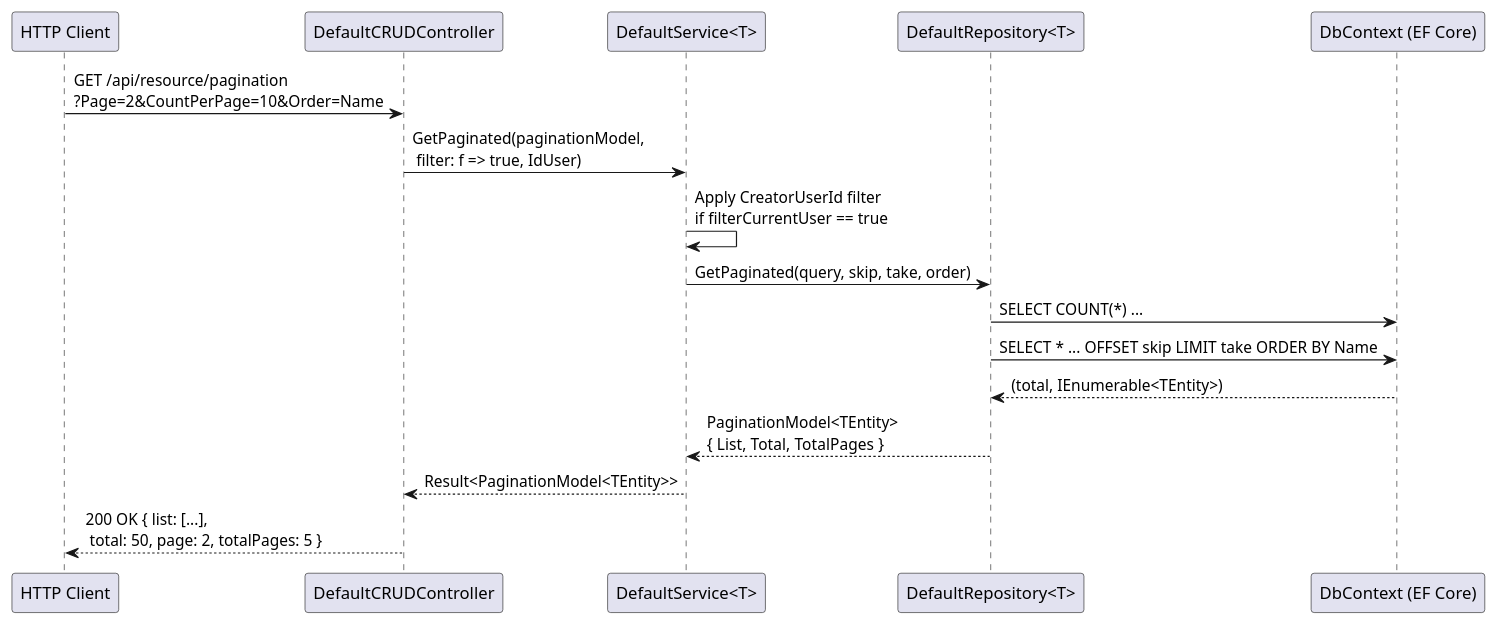
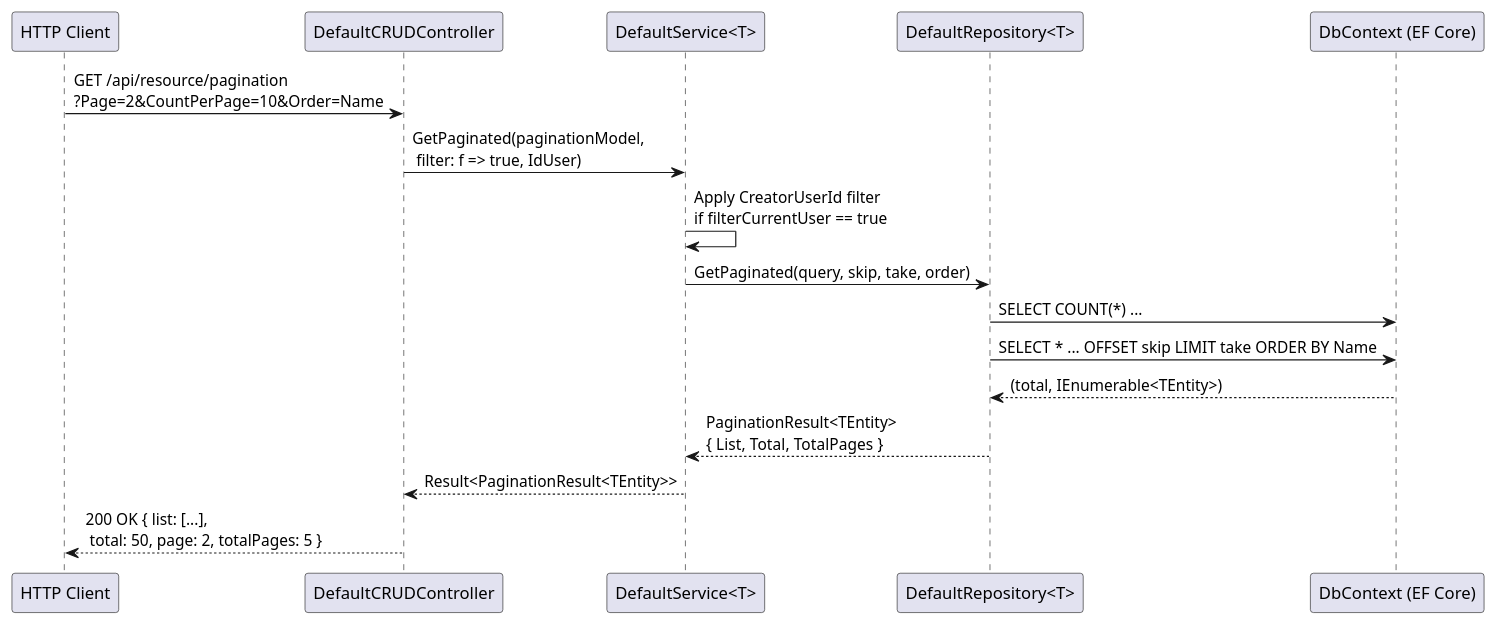
One commit to josembergff/jff-csharp-tools changed the fourth of 8 diagrams in docs/flows/main-flows.md. Above: the diagram before and after it, drawn with PlantUML. The commit also changed 53 other files, not shown here.

````diff
--- a/docs/flows/main-flows.md
+++ b/docs/flows/main-flows.md
@@ -105,20 +105,20 @@
 ```plantuml
 @startuml Paginated Query Flow
 participant "HTTP Client" as Client
 participant "DefaultCRUDController" as Controller
 participant "DefaultService<T>" as Service
 participant "DefaultRepository<T>" as Repository
 participant "DbContext (EF Core)" as DB
 
 Client -> Controller: GET /api/resource/pagination\n?Page=2&CountPerPage=10&Order=Name
 Controller -> Service: GetPaginated(paginationModel,\n filter: f => true, IdUser)
 Service -> Service: Apply CreatorUserId filter\nif filterCurrentUser == true
 Service -> Repository: GetPaginated(query, skip, take, order)
 Repository -> DB: SELECT COUNT(*) ...
 Repository -> DB: SELECT * ... OFFSET skip LIMIT take ORDER BY Name
 DB --> Repository: (total, IEnumerable<TEntity>)
-Repository --> Service: PaginationModel<TEntity>\n{ List, Total, TotalPages }
-Service --> Controller: Result<PaginationModel<TEntity>>
+Repository --> Service: PaginationResult<TEntity>\n{ List, Total, TotalPages }
+Service --> Controller: Result<PaginationResult<TEntity>>
 Controller --> Client: 200 OK { list: [...],\n total: 50, page: 2, totalPages: 5 }
 @enduml
 ```
````
